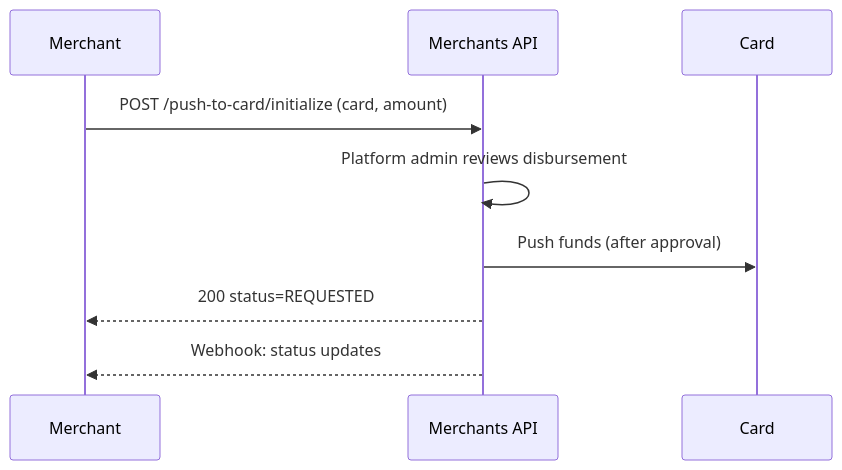
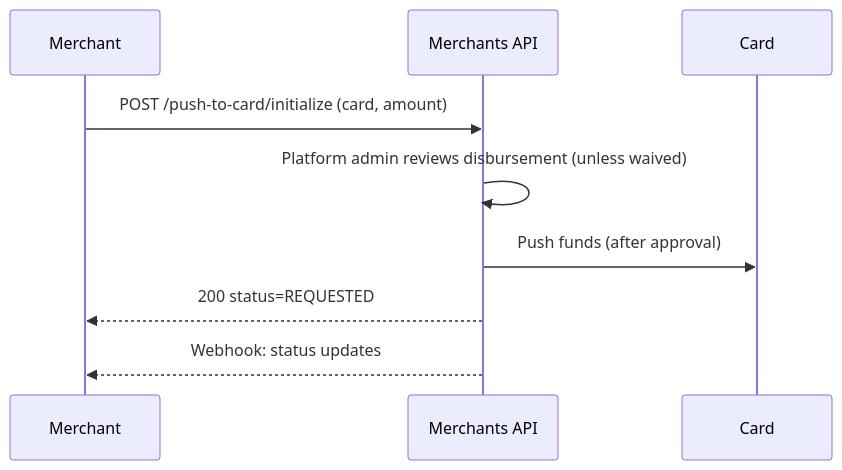
One commit to KumaaGroup/platform-apidocs changed the first of 2 diagrams in docs/push-to-card.md. Above: the diagram before and after it, drawn with Mermaid. The commit also changed other lines of this file, not shown here.

First line of the commit message:
PN-980 Push-to-card review can be waived, and is in sandbox (#38)

````diff
--- a/docs/push-to-card.md
+++ b/docs/push-to-card.md
@@ -3,12 +3,12 @@
 ```mermaid
 sequenceDiagram
     participant M as Merchant
     participant API as Merchants API
     participant C as Card
 
     M->>API: POST /push-to-card/initialize (card, amount)
-    API->>API: Platform admin reviews disbursement
+    API->>API: Platform admin reviews disbursement (unless waived)
     API->>C: Push funds (after approval)
     API-->>M: 200 status=REQUESTED
     API-->>M: Webhook: status updates
 ```
````
